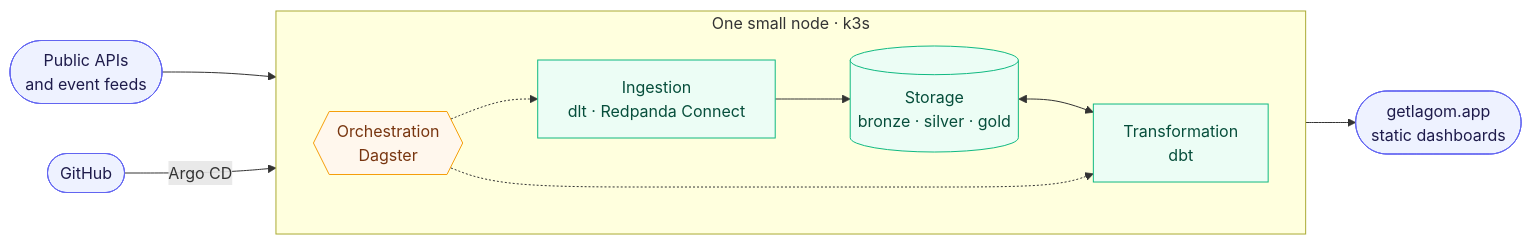
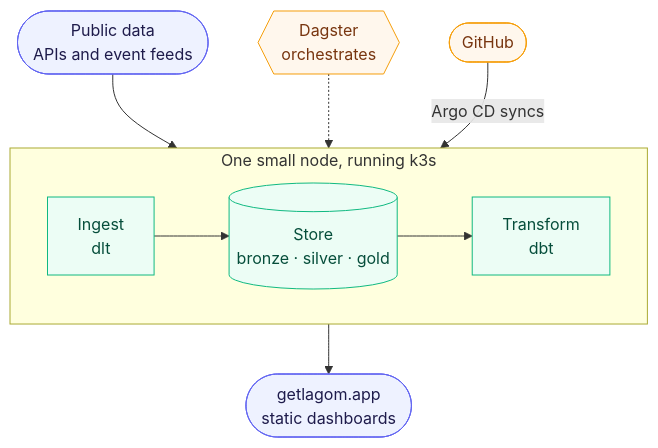
The diagram in README.md (FilipeFantini/lagom-data-solutions), drawn with Mermaid before and after one commit.

Commit message:
docs(readme): a narrower diagram

````diff
--- a/README.md
+++ b/README.md
@@ -21,30 +21,23 @@
 ```mermaid
-flowchart LR
-    src(["Public APIs<br/>and event feeds"])
+flowchart TB
+    src(["Public data<br/>APIs and event feeds"])
 
-    subgraph node["One small node · k3s"]
+    subgraph node["One small node, running k3s"]
         direction LR
-        ing["Ingestion<br/>dlt · Redpanda Connect"]
-        store[("Storage<br/>bronze · silver · gold")]
-        dbt["Transformation<br/>dbt"]
-        dag{{"Orchestration<br/>Dagster"}}
-        ing --> store
-        store <--> dbt
-        dag -.-> ing
-        dag -.-> dbt
+        ing["Ingest<br/>dlt"] --> store[("Store<br/>bronze · silver · gold")] --> dbt["Transform<br/>dbt"]
     end
 
     site(["getlagom.app<br/>static dashboards"])
-    git(["GitHub"])
 
-    src --> ing
-    store --> site
-    git -- "Argo CD" --> node
+    src --> node
+    node --> site
+    dag{{"Dagster<br/>orchestrates"}} -.-> node
+    git(["GitHub"]) -- "Argo CD syncs" --> node
 
     classDef ext fill:#eef2ff,stroke:#6366f1,color:#1e1b4b
     classDef core fill:#ecfdf5,stroke:#10b981,color:#064e3b
-    classDef orch fill:#fff7ed,stroke:#f59e0b,color:#78350f
-    class src,site,git ext
+    classDef side fill:#fff7ed,stroke:#f59e0b,color:#78350f
+    class src,site ext
     class ing,store,dbt core
-    class dag orch
+    class dag,git side
 ```
````
